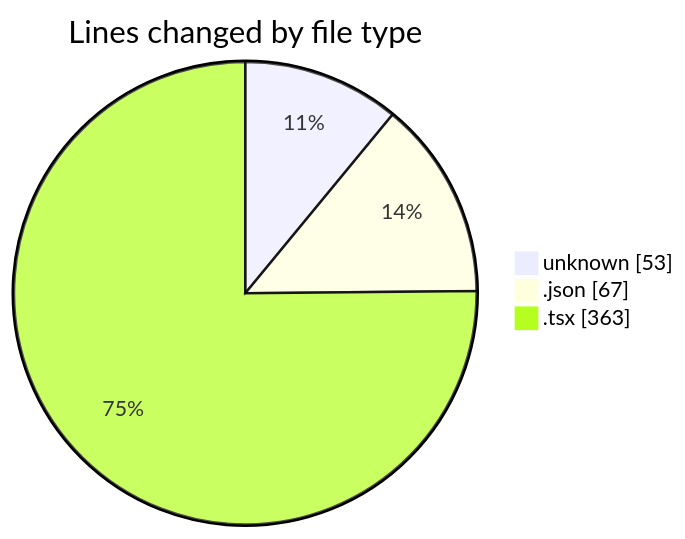
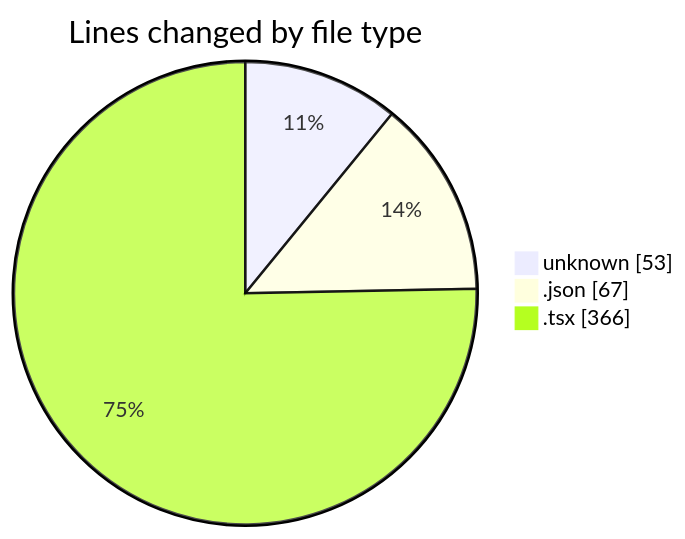
One commit to momahboobian/code-tracking changed the first of 2 diagrams in 2026-01-19/cda/README.md. Above: the diagram before and after it, drawn with Mermaid. The commit also changed other lines of this file and 1 other file, not shown here.

````diff
--- a/2026-01-19/cda/README.md
+++ b/2026-01-19/cda/README.md
@@ -22,7 +22,7 @@
 ```mermaid
 pie showData
 title Lines changed by file type
 "unknown" : 53
 ".json" : 67
-".tsx" : 363
+".tsx" : 366
 ```
````
